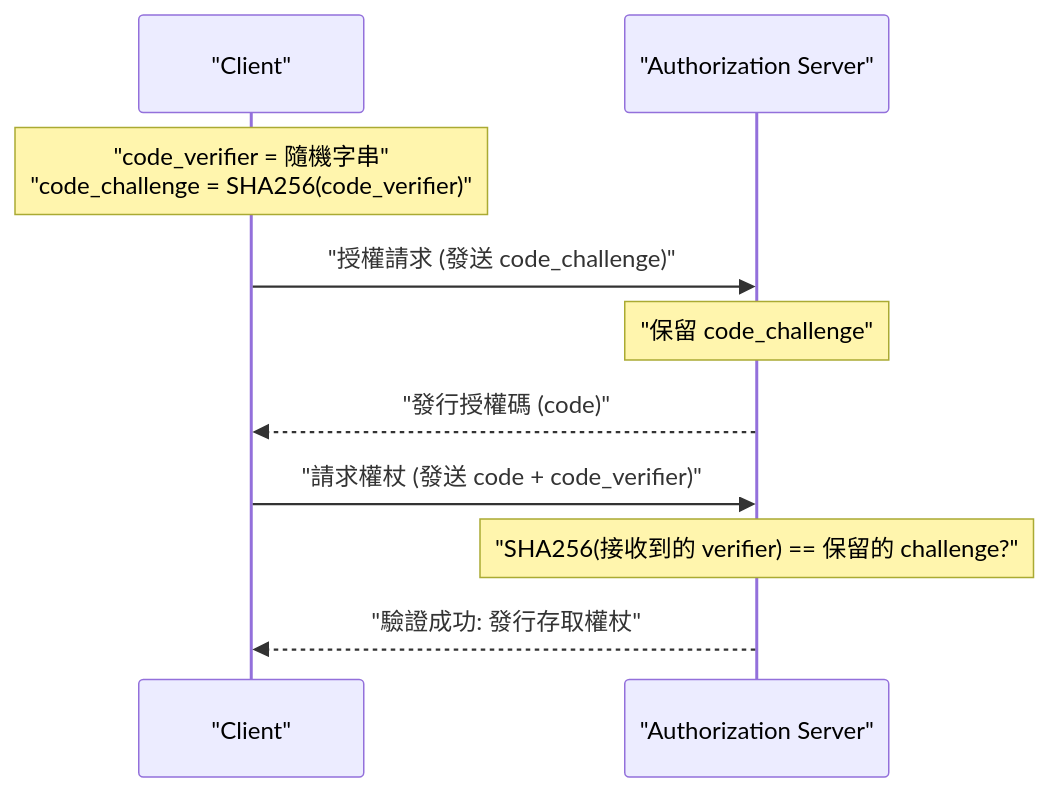
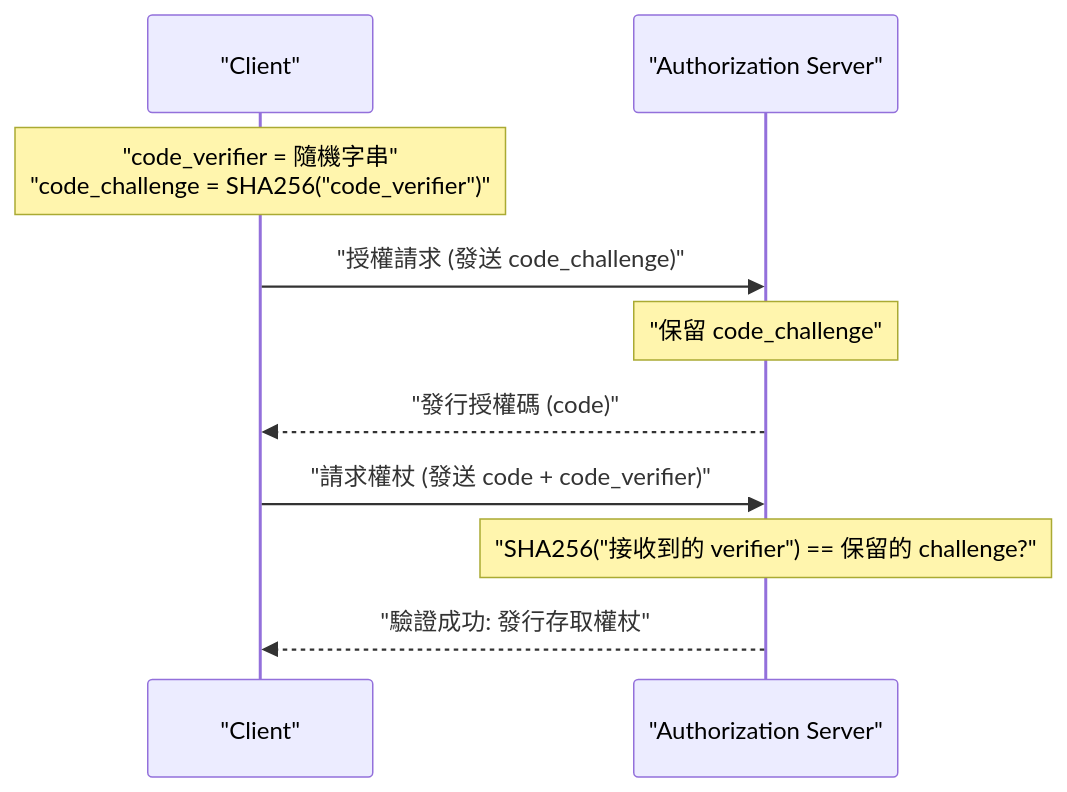
Before and after one commit to kenjinote/blog: the third of 3 diagrams in content/post/oauth2_slack_app/index.zh-tw.md, drawn with Mermaid. The commit also changed 929 other files, not shown here.

Commit message:
fix: Add double quotes to all Mermaid node texts to resolve syntax errors

````diff
--- a/content/post/oauth2_slack_app/index.zh-tw.md
+++ b/content/post/oauth2_slack_app/index.zh-tw.md
@@ -329,14 +329,14 @@
 ```mermaid
 sequenceDiagram
     participant C as "Client"
     participant AS as "Authorization Server"
     
-    Note over C: "code_verifier = 隨機字串"<br/>"code_challenge = SHA256(code_verifier)"
+    Note over C: "code_verifier = 隨機字串"<br/>"code_challenge = SHA256("code_verifier")"
     C->>AS: "授權請求 (發送 code_challenge)"
     Note over AS: "保留 code_challenge"
     AS-->>C: "發行授權碼 (code)"
     
     C->>AS: "請求權杖 (發送 code + code_verifier)"
-    Note over AS: "SHA256(接收到的 verifier) == 保留的 challenge?"
+    Note over AS: "SHA256("接收到的 verifier") == 保留的 challenge?"
     AS-->>C: "驗證成功: 發行存取權杖"
 ```
````
